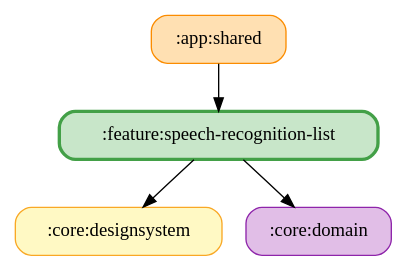
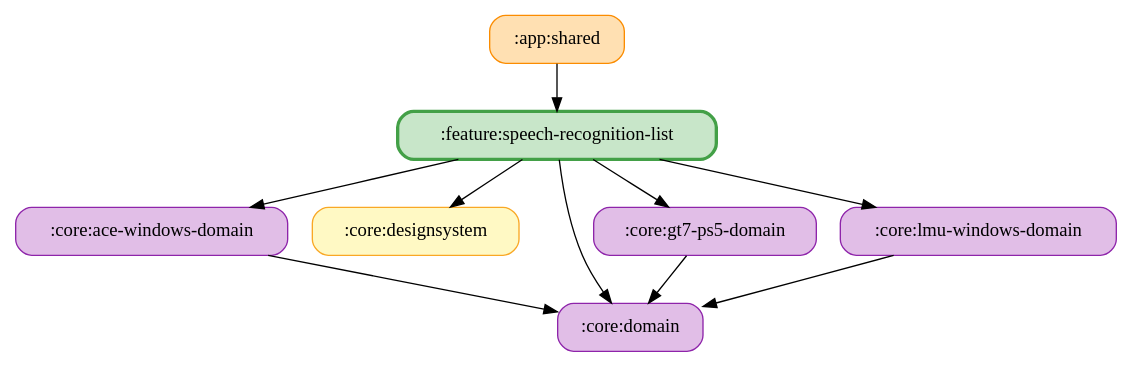
One commit to ai-kurou/KoDriver changed the diagram in docs/graphs/feature-speech-recognition-list.gv. Above: the diagram before and after it, drawn with Graphviz. The commit also changed 26 other files, not shown here.

Commit message:
音声タブのスクリーンショットテストで本番の語句リストを使う（LMU・GT7・ACE） (#3115)

```diff
--- a/docs/graphs/feature-speech-recognition-list.gv
+++ b/docs/graphs/feature-speech-recognition-list.gv
@@ -1,11 +1,20 @@
 digraph G {
   rankdir=TB
   node [shape=box, style="rounded,filled"]
   ":app:shared" [fillcolor="#FFE0B2", color="#FB8C00", penwidth=1]
+  ":core:ace-windows-domain" [fillcolor="#E1BEE7", color="#8E24AA", penwidth=1]
   ":core:designsystem" [fillcolor="#FFF9C4", color="#F9A825", penwidth=1]
   ":core:domain" [fillcolor="#E1BEE7", color="#8E24AA", penwidth=1]
+  ":core:gt7-ps5-domain" [fillcolor="#E1BEE7", color="#8E24AA", penwidth=1]
+  ":core:lmu-windows-domain" [fillcolor="#E1BEE7", color="#8E24AA", penwidth=1]
   ":feature:speech-recognition-list" [fillcolor="#C8E6C9", color="#43A047", penwidth=2.5]
   ":app:shared" -> ":feature:speech-recognition-list"
+  ":core:ace-windows-domain" -> ":core:domain"
+  ":core:gt7-ps5-domain" -> ":core:domain"
+  ":core:lmu-windows-domain" -> ":core:domain"
   ":feature:speech-recognition-list" -> ":core:domain"
   ":feature:speech-recognition-list" -> ":core:designsystem"
+  ":feature:speech-recognition-list" -> ":core:ace-windows-domain"
+  ":feature:speech-recognition-list" -> ":core:gt7-ps5-domain"
+  ":feature:speech-recognition-list" -> ":core:lmu-windows-domain"
 }
```
